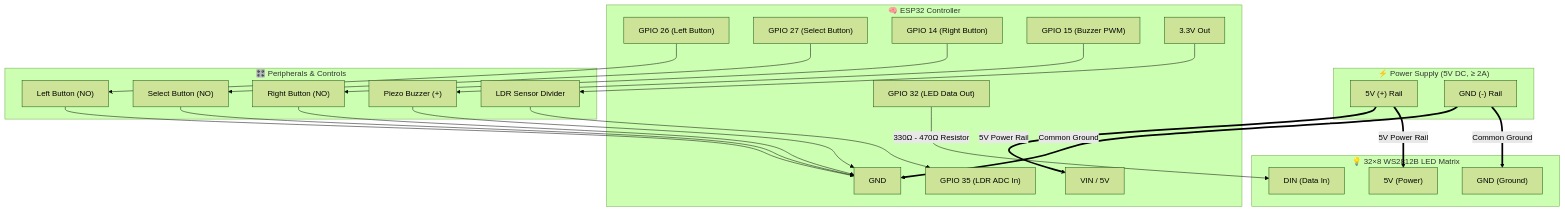
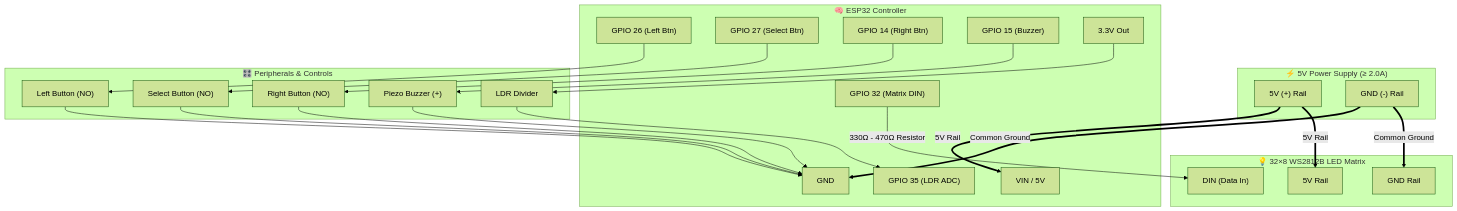
One commit to The-Osprey1/DriftMatrix changed the diagram in README.md. Above: the diagram before and after it, drawn with Mermaid (forest theme). The commit also changed other lines of this file and 4 other files, not shown here.

````diff
--- a/README.md
+++ b/README.md
@@ -59,51 +141,49 @@
 ```mermaid
 flowchart TD
-    subgraph PSU ["⚡ Power Supply (5V DC, ≥ 2A)"]
+    subgraph PSU ["⚡ 5V Power Supply (≥ 2.0A)"]
         VCC["5V (+) Rail"]
         GND_MAIN["GND (-) Rail"]
     end
 
     subgraph ESP ["🧠 ESP32 Controller"]
         ESP_5V["VIN / 5V"]
         ESP_GND["GND"]
-        ESP_G32["GPIO 32 (LED Data Out)"]
-        ESP_G26["GPIO 26 (Left Button)"]
-        ESP_G27["GPIO 27 (Select Button)"]
-        ESP_G14["GPIO 14 (Right Button)"]
-        ESP_G35["GPIO 35 (LDR ADC In)"]
-        ESP_G15["GPIO 15 (Buzzer PWM)"]
+        ESP_G32["GPIO 32 (Matrix DIN)"]
+        ESP_G26["GPIO 26 (Left Btn)"]
+        ESP_G27["GPIO 27 (Select Btn)"]
+        ESP_G14["GPIO 14 (Right Btn)"]
+        ESP_G35["GPIO 35 (LDR ADC)"]
+        ESP_G15["GPIO 15 (Buzzer)"]
         ESP_3V3["3.3V Out"]
     end
 
     subgraph MATRIX ["💡 32×8 WS2812B LED Matrix"]
-        MAT_5V["5V (Power)"]
+        MAT_5V["5V Rail"]
         MAT_DIN["DIN (Data In)"]
-        MAT_GND["GND (Ground)"]
+        MAT_GND["GND Rail"]
     end
 
-    subgraph CONTROLS ["🎛️ Peripherals & Controls"]
+    subgraph PERIPHERALS ["🎛️ Peripherals & Controls"]
         BTN_L["Left Button (NO)"]
         BTN_M["Select Button (NO)"]
         BTN_R["Right Button (NO)"]
         BUZZ["Piezo Buzzer (+)"]
-        LDR["LDR Sensor Divider"]
+        LDR["LDR Divider"]
     end
 
-    %% Power Connections
-    VCC ==>|"5V Power Rail"| ESP_5V
-    VCC ==>|"5V Power Rail"| MAT_5V
+    %% Power distribution
+    VCC ==>|"5V Rail"| ESP_5V
+    VCC ==>|"5V Rail"| MAT_5V
     GND_MAIN ==>|"Common Ground"| ESP_GND
     GND_MAIN ==>|"Common Ground"| MAT_GND
 
-    %% Data Lines
+    %% High speed data
     ESP_G32 -->|"330Ω - 470Ω Resistor"| MAT_DIN
 
-    %% Buttons & Inputs
+    %% Buttons & Sensors
     ESP_G26 --> BTN_L --> ESP_GND
     ESP_G27 --> BTN_M --> ESP_GND
     ESP_G14 --> BTN_R --> ESP_GND
-
-    %% Sensors & Outputs
     ESP_G15 --> BUZZ --> ESP_GND
     ESP_3V3 --> LDR --> ESP_G35
 ```
````
